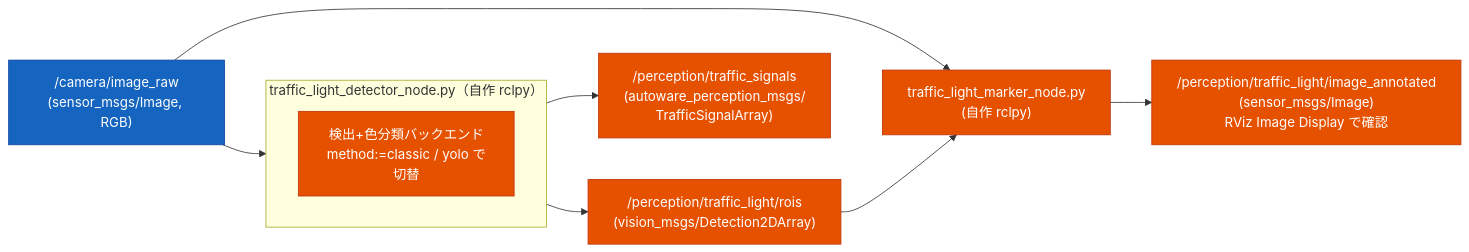
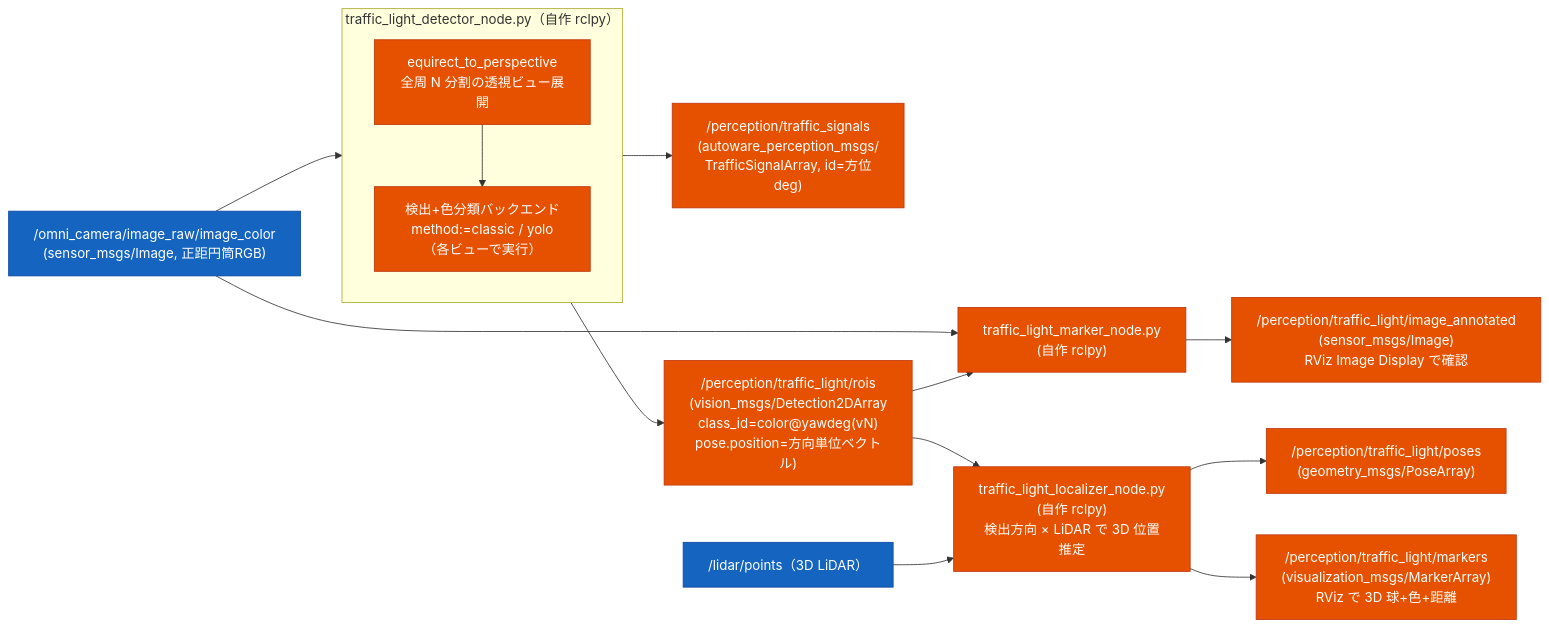
Before and after one commit to sato-susumu/susumu_object_perception: the diagram in docs/traffic_light_recognition.md, drawn with Mermaid. The commit also changed other lines of this file and 66 other files, not shown here.

````diff
--- a/docs/traffic_light_recognition.md
+++ b/docs/traffic_light_recognition.md
@@ -48,22 +65,32 @@
 ```mermaid
 flowchart LR
-  CAM["/camera/image_raw<br/>(sensor_msgs/Image, RGB)"]:::hd
+  CAM["/omni_camera/image_raw/image_color<br/>(sensor_msgs/Image, 正距円筒RGB)"]:::hd
   subgraph TLR["traffic_light_detector_node.py（自作 rclpy）"]
     direction TB
-    detimpl["検出+色分類バックエンド<br/>method:=classic / yolo で切替"]:::own
+    persp["equirect_to_perspective<br/>全周 N 分割の透視ビュー展開"]:::own
+    detimpl["検出+色分類バックエンド<br/>method:=classic / yolo（各ビューで実行）"]:::own
+    persp --> detimpl
   end
-  sig["/perception/traffic_signals<br/>(autoware_perception_msgs/<br/>TrafficSignalArray)"]:::own
-  roi["/perception/traffic_light/rois<br/>(vision_msgs/Detection2DArray)"]:::own
+  sig["/perception/traffic_signals<br/>(autoware_perception_msgs/<br/>TrafficSignalArray, id=方位deg)"]:::own
+  roi["/perception/traffic_light/rois<br/>(vision_msgs/Detection2DArray<br/>class_id=color@yawdeg(vN)<br/>pose.position=方向単位ベクトル)"]:::own
   mk["traffic_light_marker_node.py<br/>(自作 rclpy)"]:::own
   ann["/perception/traffic_light/image_annotated<br/>(sensor_msgs/Image)<br/>RViz Image Display で確認"]:::own
+  LID["/lidar/points（3D LiDAR）"]:::hd
+  loc["traffic_light_localizer_node.py<br/>(自作 rclpy)<br/>検出方向 × LiDAR で 3D 位置推定"]:::own
+  pose3d["/perception/traffic_light/poses<br/>(geometry_msgs/PoseArray)"]:::own
+  mk3d["/perception/traffic_light/markers<br/>(visualization_msgs/MarkerArray)<br/>RViz で 3D 球+色+距離"]:::own
 
-  CAM --> detimpl
+  CAM --> persp
   detimpl --> sig
   detimpl --> roi
   CAM --> mk
   roi --> mk
   mk --> ann
+  roi --> loc
+  LID --> loc
+  loc --> pose3d
+  loc --> mk3d
 
   classDef own fill:#e65100,stroke:#bf360c,color:#fff;
   classDef hd fill:#1565c0,stroke:#0d47a1,color:#fff;
 ```
````
